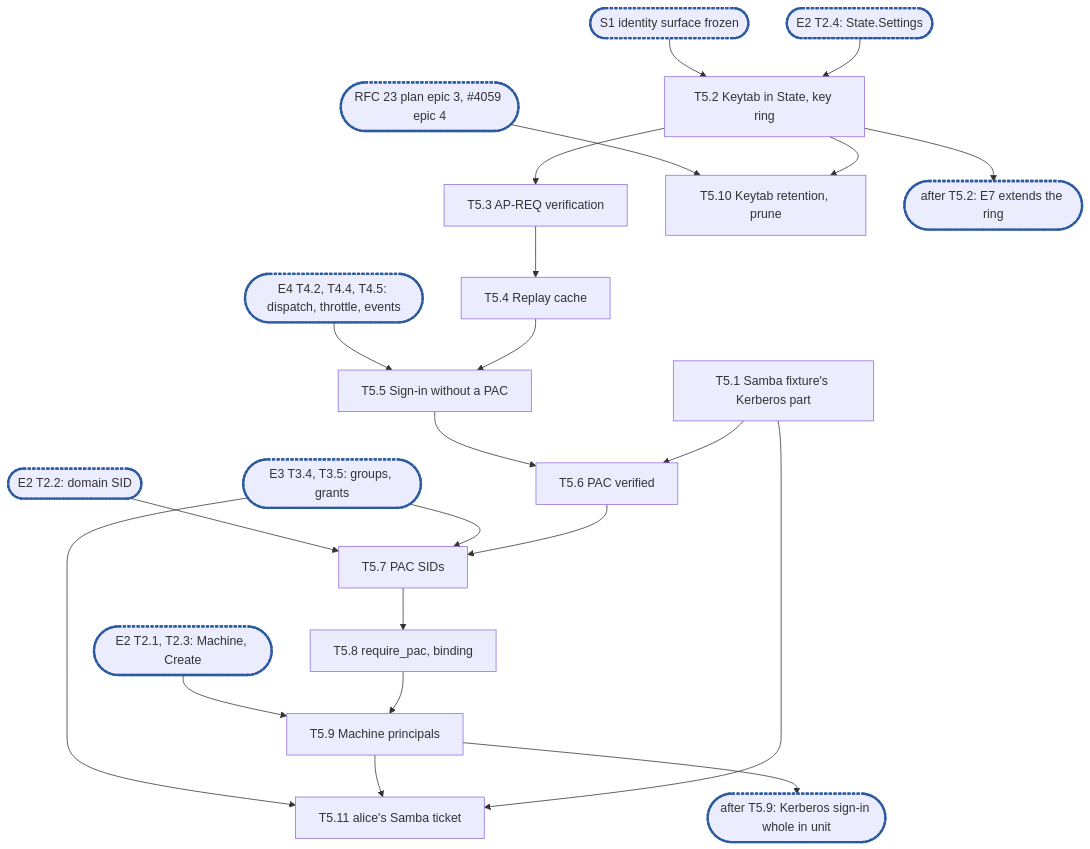
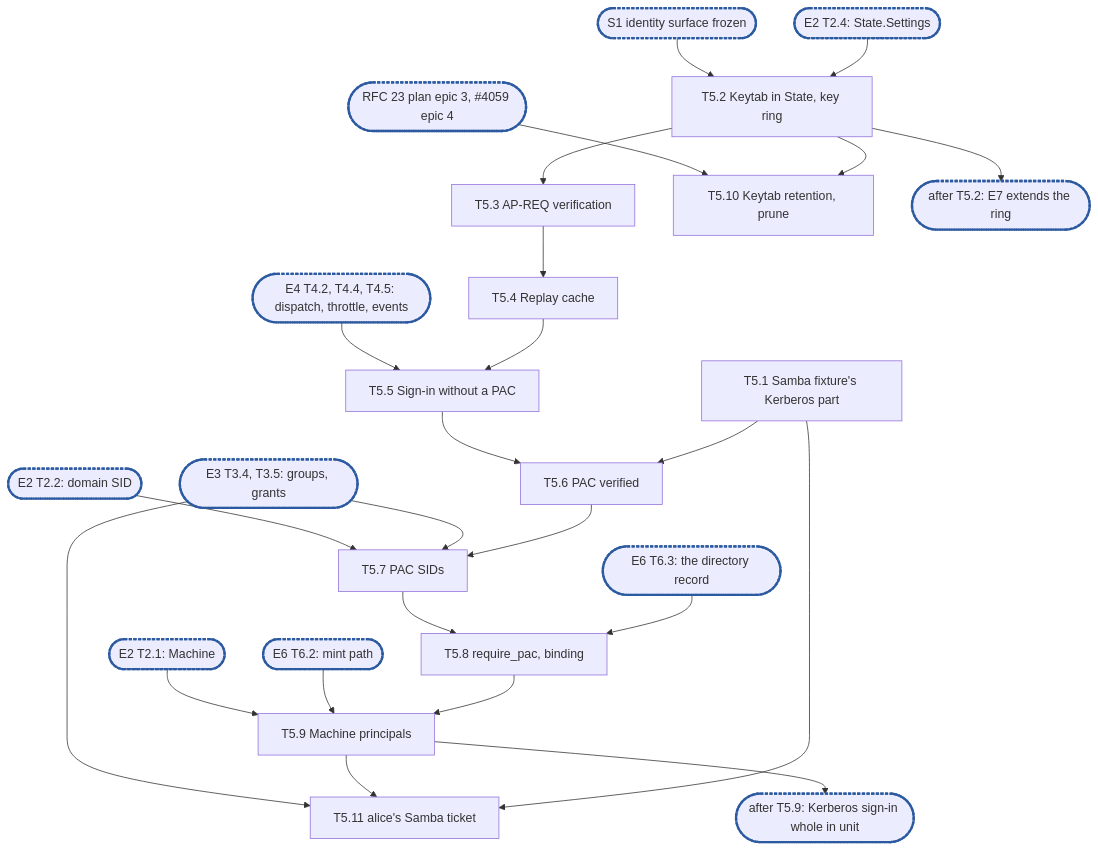
One commit to cubbit/dittofs changed the diagram in docs/internals/planning/rfc-18-identity-epic5.md. Above: the diagram before and after it, drawn with Mermaid. The commit also changed other lines of this file, not shown here.

````diff
--- a/docs/internals/planning/rfc-18-identity-epic5.md
+++ b/docs/internals/planning/rfc-18-identity-epic5.md
@@ -729,24 +742,26 @@
 ```mermaid
 flowchart TD
   S1(["S1 identity surface frozen"]):::sync --> T5_2["T5.2 Keytab in State, key ring"]
   X2a(["E2 T2.4: State.Settings"]):::sync --> T5_2
   T5_1["T5.1 Samba fixture's Kerberos part"]
   T5_2 --> T5_3["T5.3 AP-REQ verification"] --> T5_4["T5.4 Replay cache"]
   X4(["E4 T4.2, T4.4, T4.5: dispatch, throttle, events"]):::sync --> T5_5
   T5_4 --> T5_5["T5.5 Sign-in without a PAC"]
   T5_5 --> T5_6["T5.6 PAC verified"]
   T5_1 --> T5_6
   X2b(["E2 T2.2: domain SID"]):::sync --> T5_7
   X3(["E3 T3.4, T3.5: groups, grants"]):::sync --> T5_7
   X3 --> T5_11
   T5_6 --> T5_7["T5.7 PAC SIDs"] --> T5_8["T5.8 require_pac, binding"]
-  X2c(["E2 T2.1, T2.3: Machine, Create"]):::sync --> T5_9
+  X6a(["E6 T6.3: the directory record"]):::sync --> T5_8
+  X2c(["E2 T2.1: Machine"]):::sync --> T5_9
+  X6b(["E6 T6.2: mint path"]):::sync --> T5_9
   T5_8 --> T5_9["T5.9 Machine principals"]
   X1(["RFC 23 plan epic 3, #4059 epic 4"]):::sync --> T5_10
   T5_2 --> T5_10["T5.10 Keytab retention, prune"]
   T5_9 --> T5_11["T5.11 alice's Samba ticket"]
   T5_1 --> T5_11
   T5_2 --> C1(["after T5.2: E7 extends the ring"]):::sync
   T5_9 --> C2(["after T5.9: Kerberos sign-in whole in unit"]):::sync
   classDef sync stroke:#2c5aa0,stroke-width:3px,stroke-dasharray:4 2
 ```
````
